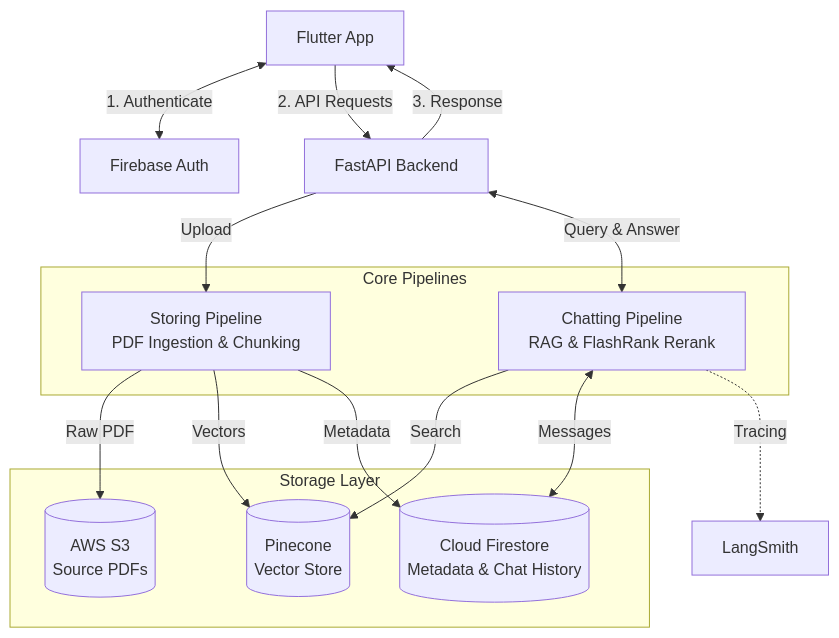
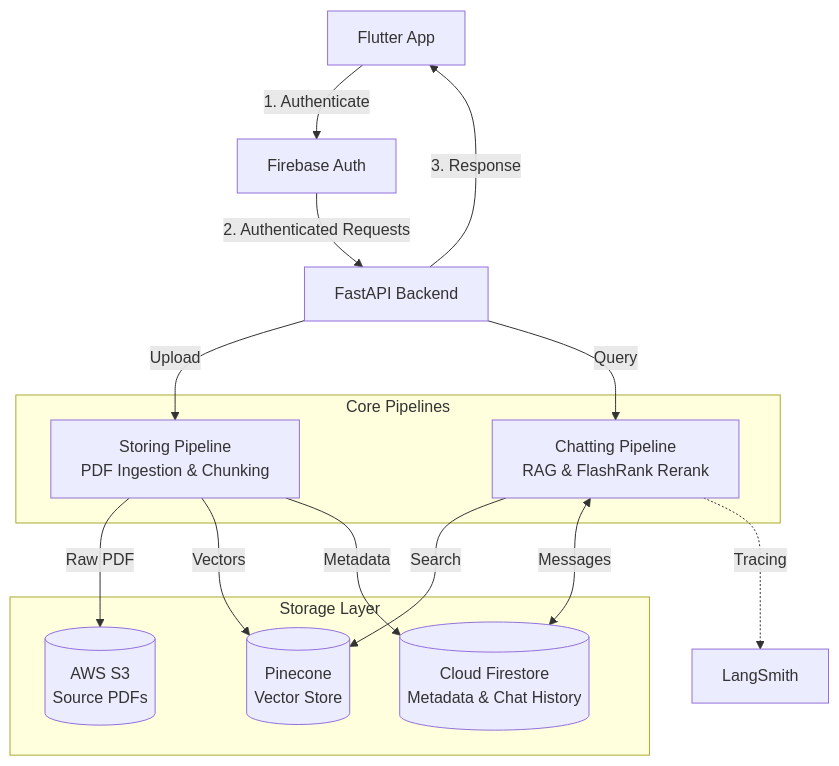
One commit to JugalBrahma/server changed the diagram in README.md. Above: the diagram before and after it, drawn with Mermaid. The commit also changed other lines of this file, not shown here.

````diff
--- a/README.md
+++ b/README.md
@@ -63,28 +63,28 @@
 ```mermaid
 flowchart TD
-    App[Flutter App] <-->|1. Authenticate| Auth[Firebase Auth]
-    App -->|2. API Requests| API[FastAPI Backend]
+    App[Flutter App] -->|1. Authenticate| Auth[Firebase Auth]
+    Auth -->|2. Authenticated Requests| API[FastAPI Backend]
 
     subgraph Flows [Core Pipelines]
         Storing[Storing Pipeline\nPDF Ingestion & Chunking]
         Chatting[Chatting Pipeline\nRAG & FlashRank Rerank]
     end
 
     subgraph Storage [Storage Layer]
         Firestore[(Cloud Firestore\nMetadata & Chat History)]
         S3[(AWS S3\nSource PDFs)]
         Pinecone[(Pinecone\nVector Store)]
     end
 
     API -->|Upload| Storing
     Storing -->|Raw PDF| S3
     Storing -->|Vectors| Pinecone
     Storing -->|Metadata| Firestore
 
-    API <-->|Query & Answer| Chatting
+    API -->|Query| Chatting
     Chatting -->|Search| Pinecone
     Chatting <-->|Messages| Firestore
     Chatting -.->|Tracing| LangSmith[LangSmith]
 
     API -->|3. Response| App
 ```
````
